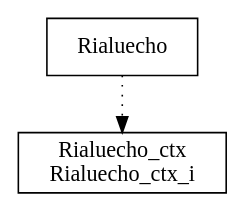
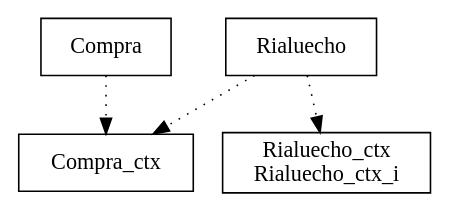
Before and after one commit to JosenildoVicente/Rialuecho: the diagram in bdp/projetoSistemasCriticos.dot, drawn with Graphviz. The commit also changed 57 other files, not shown here.

```diff
--- a/bdp/projetoSistemasCriticos.dot
+++ b/bdp/projetoSistemasCriticos.dot
@@ -1,6 +1,10 @@
 digraph {
+Compra [ label=" Compra " shape= box ]
+Compra_ctx [ label=" Compra_ctx " shape= box ]
 Rialuecho [ label=" Rialuecho " shape= box ]
 Rialuecho_ctx_i [ label=" Rialuecho_ctx\nRialuecho_ctx_i " shape= box ]
 
+"Compra" -> "Compra_ctx" [style= dotted ]
 "Rialuecho" -> "Rialuecho_ctx_i" [style= dotted ]
+"Rialuecho" -> "Compra_ctx" [style= dotted ]
 }
```
